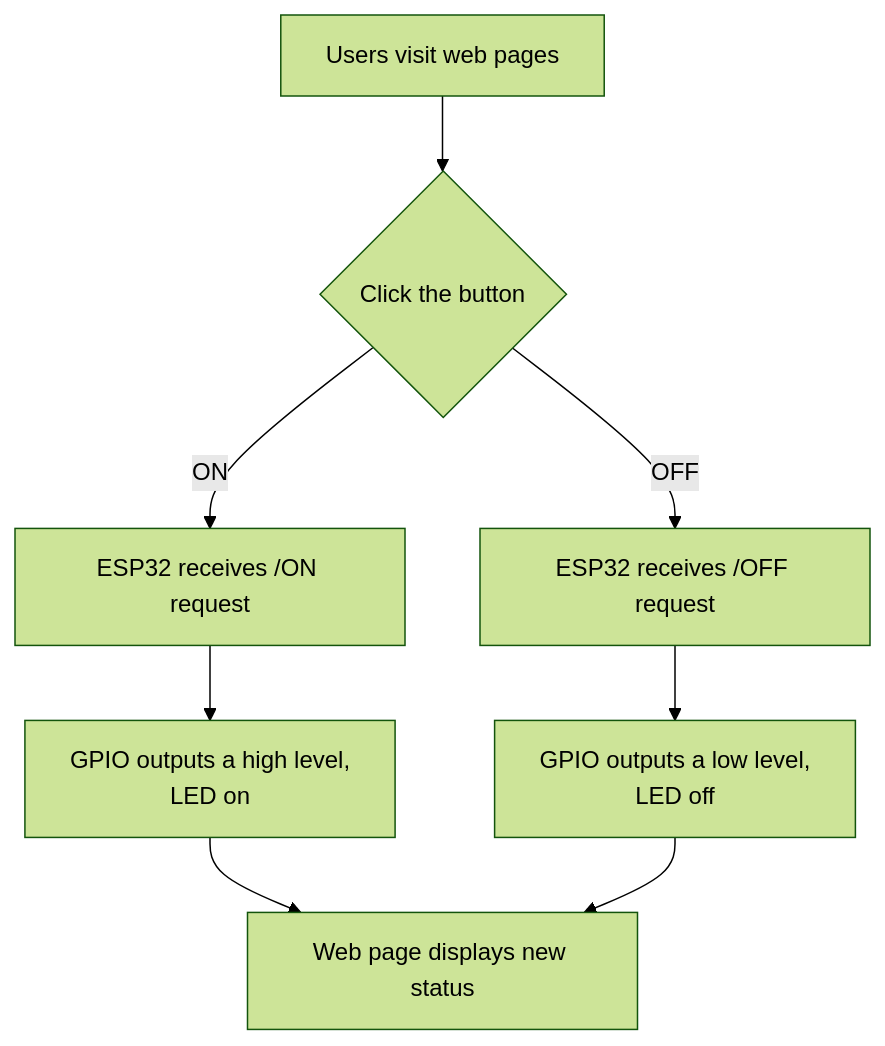
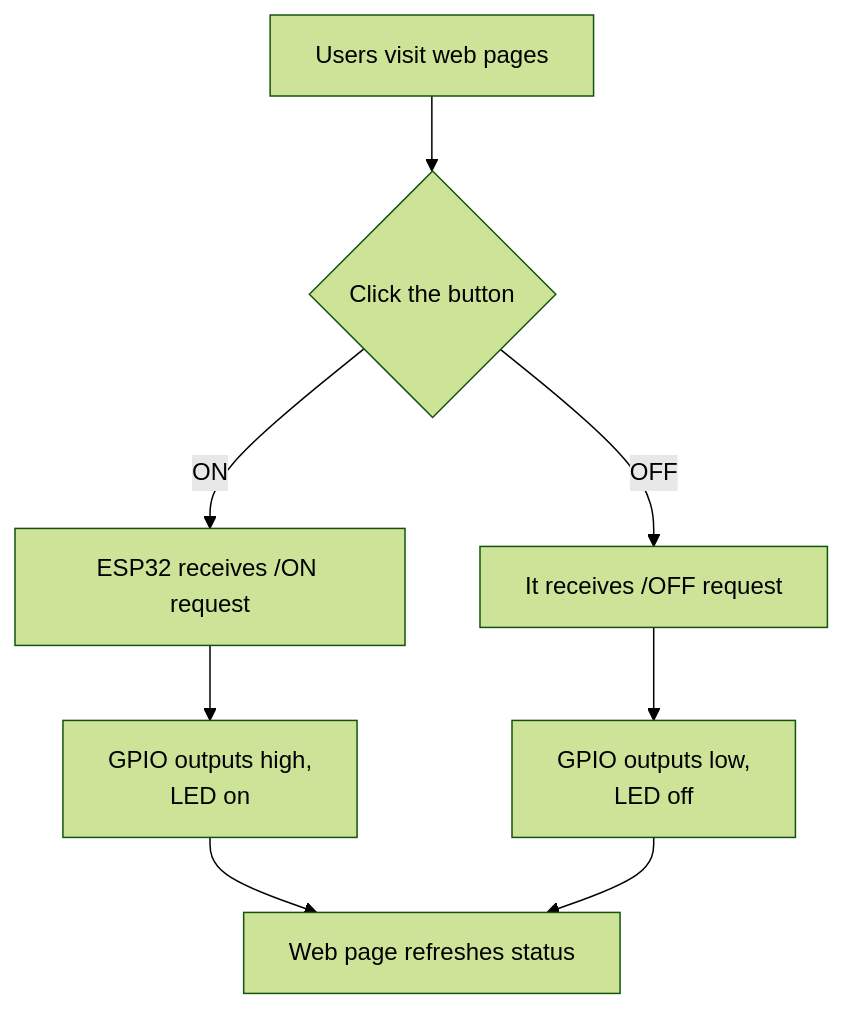
Before and after one commit to keyestudio/KS0597-: the diagram in docs/4.Arduino Projects/4.3 Projects/Project 11.md, drawn with Mermaid (forest theme). The commit also changed 9 other files, not shown here.

````diff
--- a/docs/4.Arduino Projects/4.3 Projects/Project 11.md
+++ b/docs/4.Arduino Projects/4.3 Projects/Project 11.md
@@ -56,9 +56,9 @@
 ```mermaid
 flowchart TD
     A[Users visit web pages] --> B{Click the button}
     B -->|ON| C[ESP32 receives /ON request]
-    B -->|OFF| D[ESP32 receives /OFF request]
-    C --> E[GPIO outputs a high level, \nLED on]
-    D --> F[GPIO outputs a low level, \nLED off]
-    E & F --> G[Web page displays new status]
+    B -->|OFF| D[It receives /OFF request]
+    C --> E[GPIO outputs high, \nLED on]
+    D --> F[GPIO outputs low, \nLED off]
+    E & F --> G[Web page refreshes status]
 ```
````
